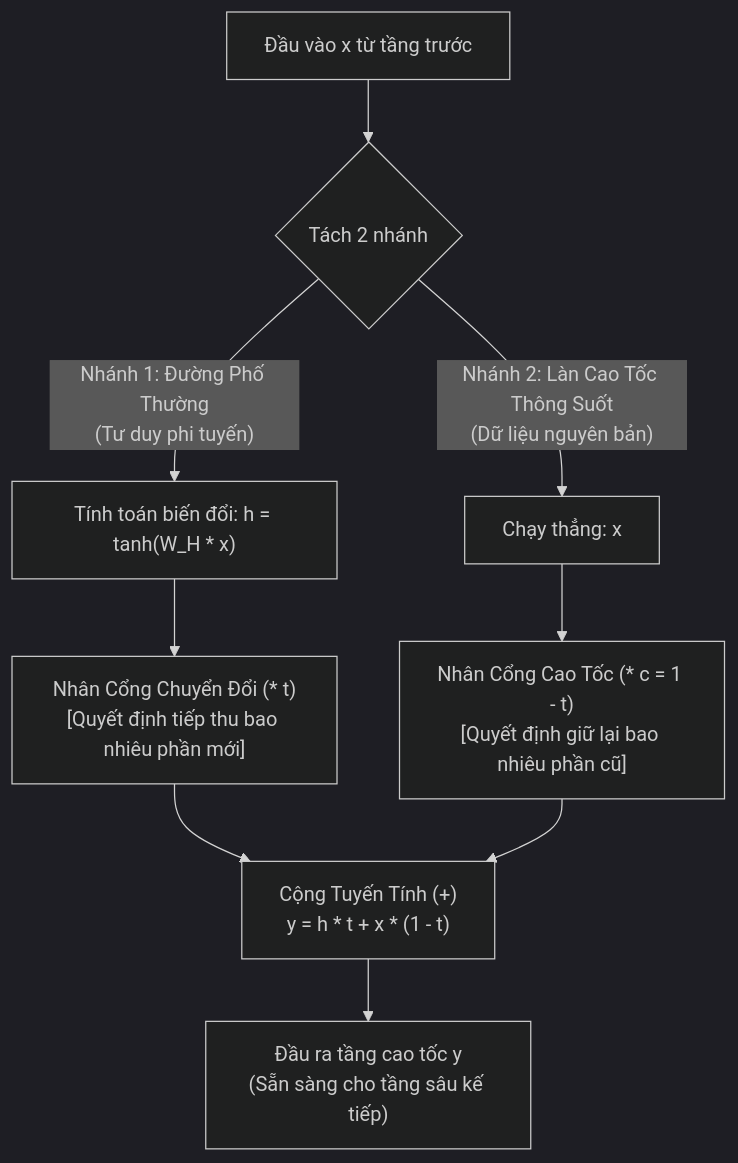
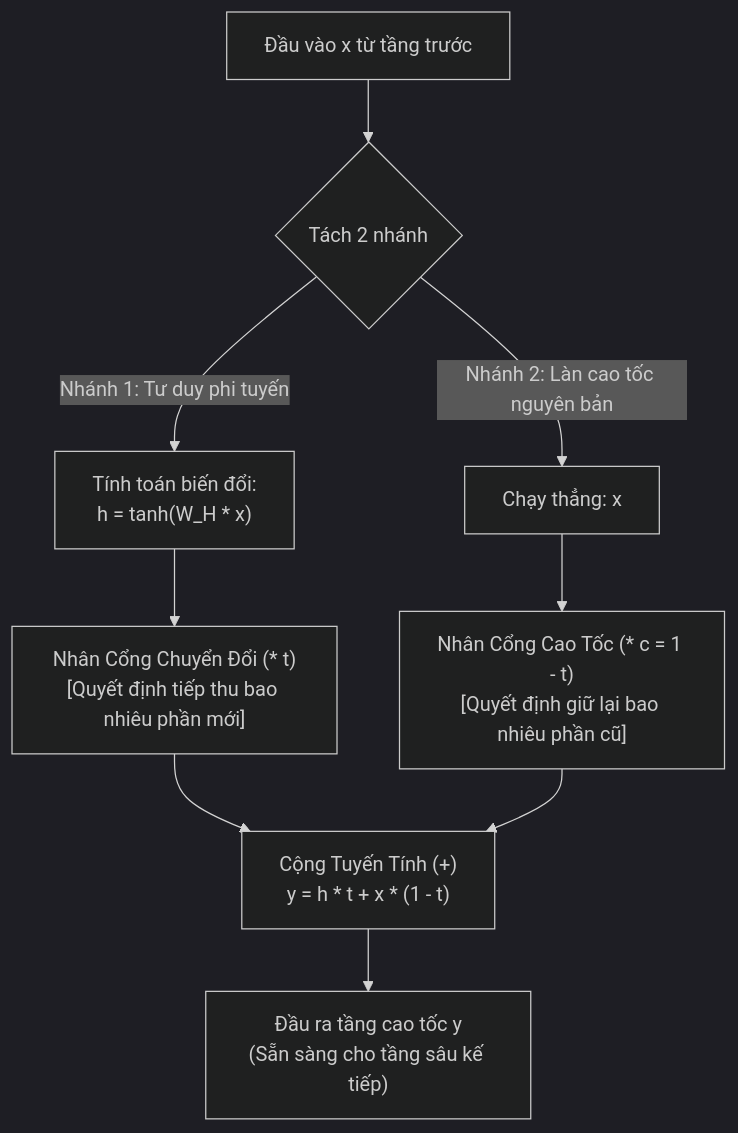
The first of 2 diagrams in docs/articles/paper-information/glossary/rhwn.md (snowflake-vibing/NCKH_Johnny_Snowflake), drawn with Mermaid (dark theme) before and after one commit. The commit also changed 1 other file, not shown here.

Commit message:
docs(glossary): fix Mermaid edge label syntax in residual_connection.md and rhwn.md

````diff
--- a/docs/articles/paper-information/glossary/rhwn.md
+++ b/docs/articles/paper-information/glossary/rhwn.md
@@ -60,13 +60,13 @@
 ```mermaid
 flowchart TD
     X_input["Đầu vào x từ tầng trước"] --> Split{"Tách 2 nhánh"}
     
-    Split -->|"Nhánh 1: Đường Phố Thường\n(Tư duy phi tuyến)"| TransBlock["Tính toán biến đổi: h = tanh(W_H * x)"]
-    Split -->|"Nhánh 2: Làn Cao Tốc Thông Suốt\n(Dữ liệu nguyên bản)"| CarryPath["Chạy thẳng: x"]
+    Split -->|"Nhánh 1: Tư duy phi tuyến"| TransBlock["Tính toán biến đổi:<br/>h = tanh(W_H * x)"]
+    Split -->|"Nhánh 2: Làn cao tốc nguyên bản"| CarryPath["Chạy thẳng: x"]
     
-    TransBlock --> GateT["Nhân Cổng Chuyển Đổi (* t)\n[Quyết định tiếp thu bao nhiêu phần mới]"]
-    CarryPath --> GateC["Nhân Cổng Cao Tốc (* c = 1 - t)\n[Quyết định giữ lại bao nhiêu phần cũ]"]
+    TransBlock --> GateT["Nhân Cổng Chuyển Đổi (* t)<br/>[Quyết định tiếp thu bao nhiêu phần mới]"]
+    CarryPath --> GateC["Nhân Cổng Cao Tốc (* c = 1 - t)<br/>[Quyết định giữ lại bao nhiêu phần cũ]"]
     
     GateT & GateC --> Merge["Cộng Tuyến Tính (+)\ny = h * t + x * (1 - t)"]
     Merge --> Out["Đầu ra tầng cao tốc y\n(Sẵn sàng cho tầng sâu kế tiếp)"]
 ```
````
